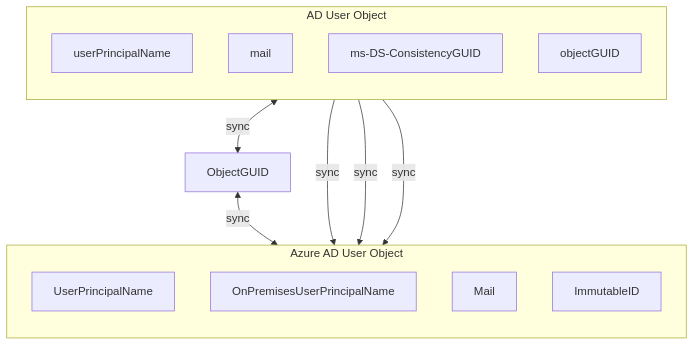
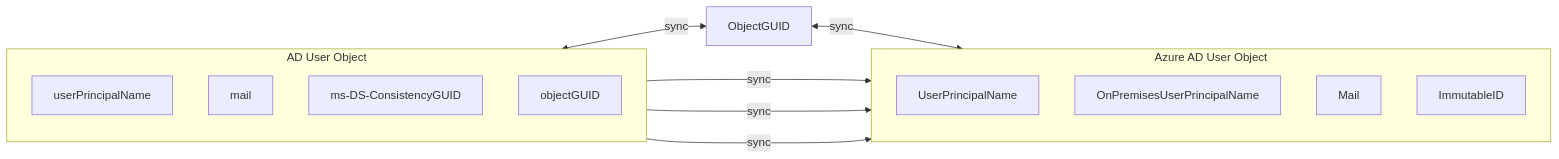
Before and after one commit to amasse3/AzureAD-Baseline-MLZ: the diagram in doc/AAD-CertificateBasedAuthentication-DODPKI.md, drawn with Mermaid.

`````diff
--- a/doc/AAD-CertificateBasedAuthentication-DODPKI.md
+++ b/doc/AAD-CertificateBasedAuthentication-DODPKI.md
@@ -28,21 +28,21 @@
 ````mermaid
-flowchart TD
+flowchart LR
     subgraph Azure AD User Object
     direction TB
     UserPrincipalName
     OnPremisesUserPrincipalName
     Mail
     ImmutableID
     end
     subgraph AD User Object
     direction TB
     userPrincipalName
     mail
     ms-DS-ConsistencyGUID
     objectGUID
     end
     userPrincipalName--sync-->OnPremisesUserPrincipalName
     mail--sync-->UserPrincipalName
     mail--sync-->Mail
     ms-DS-ConsistencyGUID<--sync-->ObjectGUID<--sync-->ImmutableID
 ````
`````
